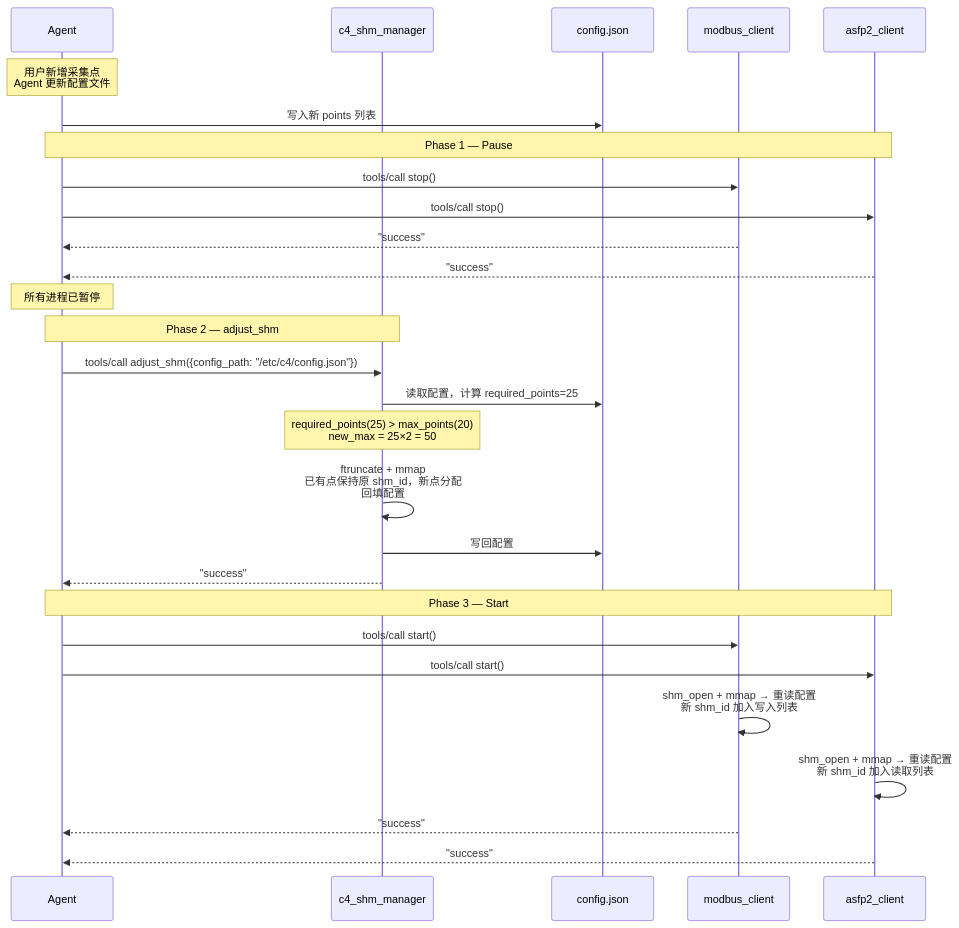
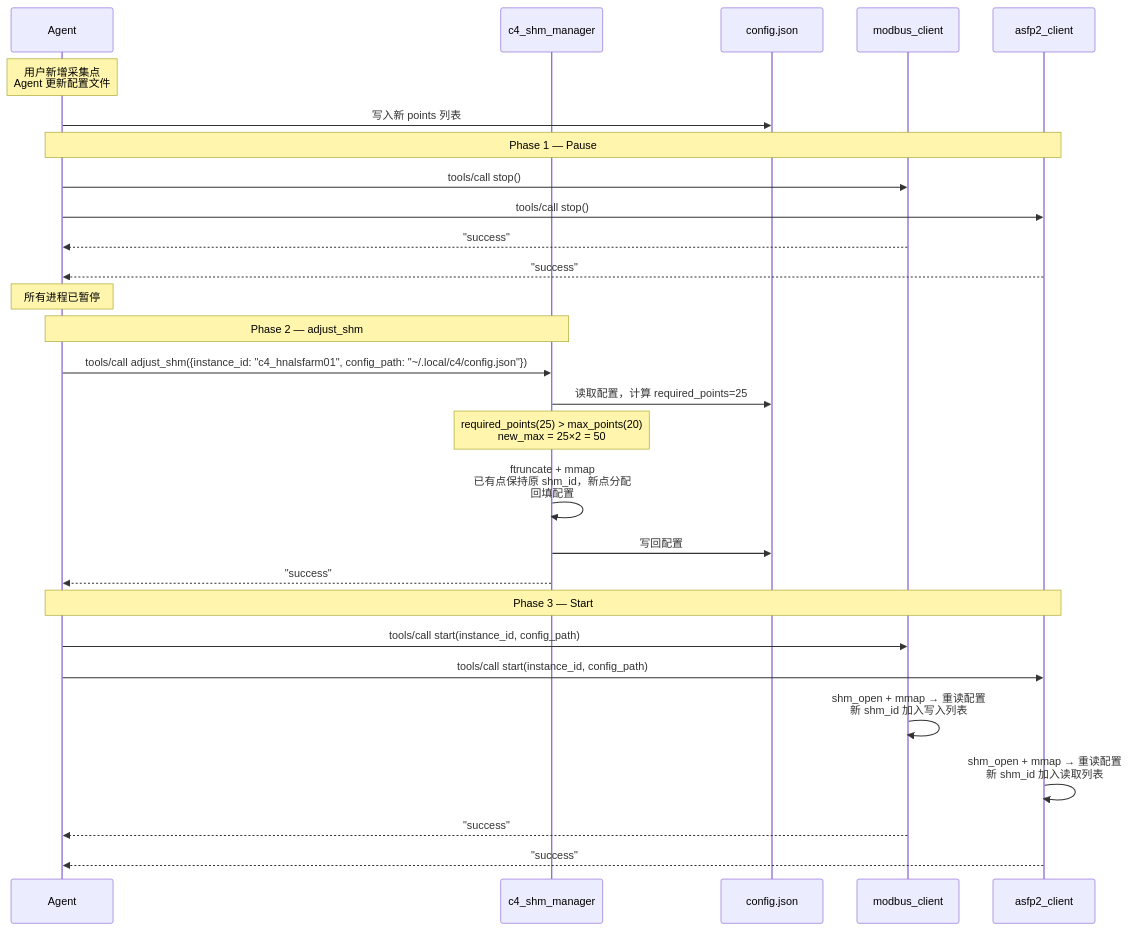
Before and after one commit to activesys/c4: the sixth of 9 diagrams in docs/design/c4_shm_manager.md, drawn with Mermaid. The commit also changed other lines of this file and 5 other files, not shown here.

First line of the commit message:
docs(instance-id): instance_id 即共享内存名并传入三工具 + 配置迁移 ~/.local/c4/

````diff
--- a/docs/design/c4_shm_manager.md
+++ b/docs/design/c4_shm_manager.md
@@ -829,34 +833,34 @@
 ```mermaid
 sequenceDiagram
     participant A as Agent
     participant S as c4_shm_manager
     participant CFG as config.json
     participant M1 as modbus_client
     participant M2 as asfp2_client
 
     Note over A: 用户新增采集点<br/>Agent 更新配置文件
     A->>CFG: 写入新 points 列表
 
     Note over A,M2: Phase 1 — Pause
     A->>M1: tools/call stop()
     A->>M2: tools/call stop()
     M1-->>A: "success"
     M2-->>A: "success"
     Note over A: 所有进程已暂停
 
     Note over A,S: Phase 2 — adjust_shm
-    A->>S: tools/call adjust_shm({config_path: "/etc/c4/config.json"})
+    A->>S: tools/call adjust_shm({instance_id: "c4_hnalsfarm01", config_path: "~/.local/c4/config.json"})
     S->>CFG: 读取配置，计算 required_points=25
     Note over S: required_points(25) > max_points(20)<br/>new_max = 25×2 = 50
     S->>S: ftruncate + mmap<br/>已有点保持原 shm_id，新点分配<br/>回填配置
     S->>CFG: 写回配置
     S-->>A: "success"
 
     Note over A,M2: Phase 3 — Start
-    A->>M1: tools/call start()
-    A->>M2: tools/call start()
+    A->>M1: tools/call start(instance_id, config_path)
+    A->>M2: tools/call start(instance_id, config_path)
     M1->>M1: shm_open + mmap → 重读配置<br/>新 shm_id 加入写入列表
     M2->>M2: shm_open + mmap → 重读配置<br/>新 shm_id 加入读取列表
     M1-->>A: "success"
     M2-->>A: "success"
 ```
````
